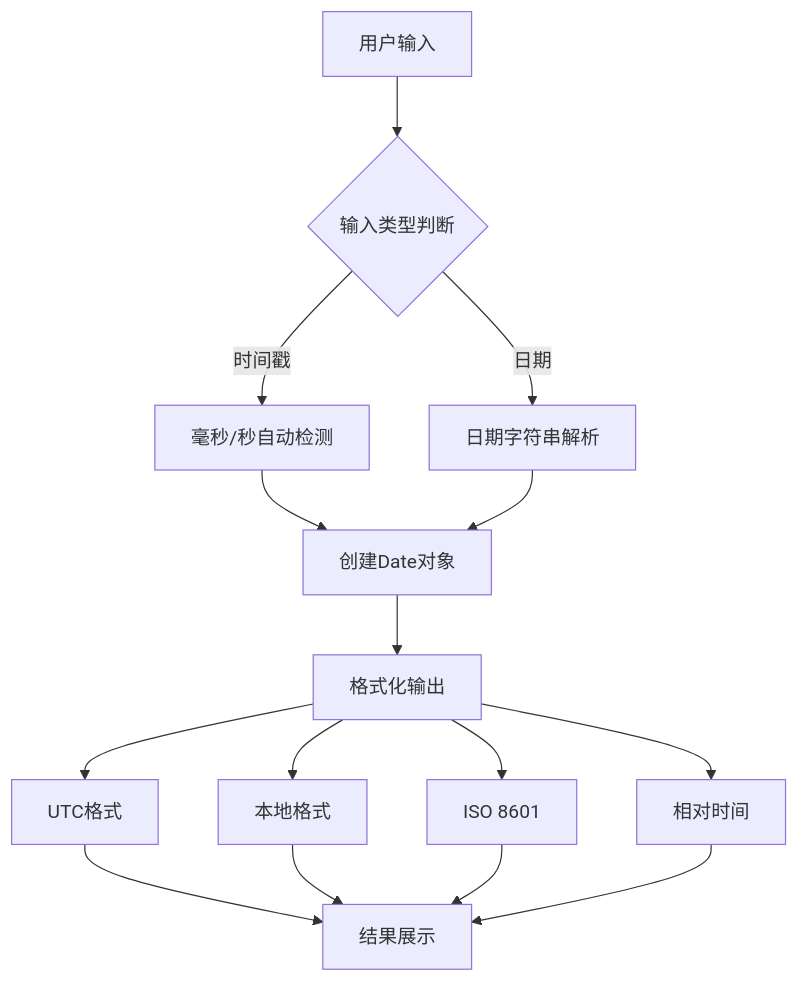
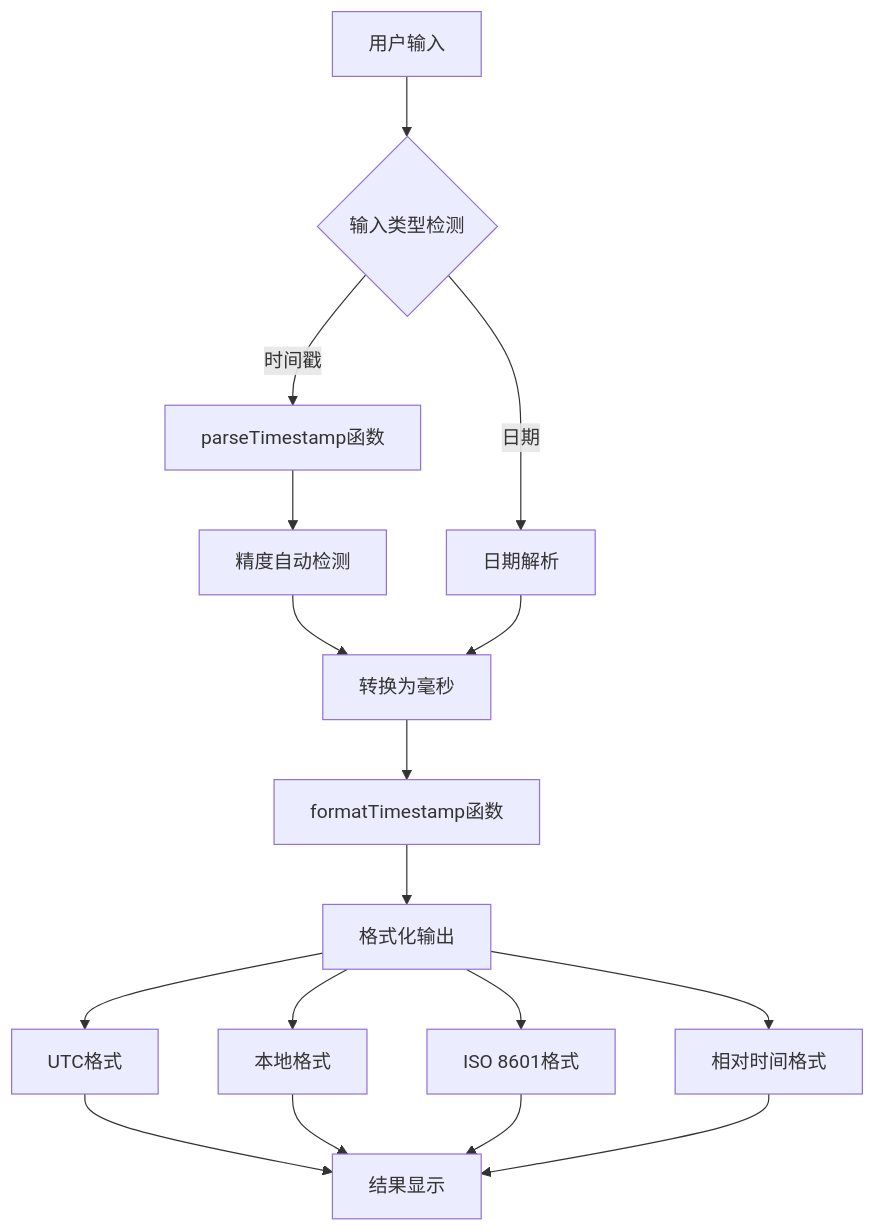
One commit to sgyy/privadeck changed the fourth of 10 diagrams in .qoder/repowiki/zh/content/开发者工具/时间戳工具.md. Above: the diagram before and after it, drawn with Mermaid. The commit also changed other lines of this file and 7 other files, not shown here.

````diff
--- a/.qoder/repowiki/zh/content/开发者工具/时间戳工具.md
+++ b/.qoder/repowiki/zh/content/开发者工具/时间戳工具.md
@@ -128,17 +200,19 @@
 ```mermaid
 flowchart TD
-A[用户输入] --> B{输入类型判断}
-B --> |时间戳| C[毫秒/秒自动检测]
-B --> |日期| D[日期字符串解析]
-C --> E[创建Date对象]
-D --> E
-E --> F[格式化输出]
-F --> G[UTC格式]
-F --> H[本地格式]
-F --> I[ISO 8601]
-F --> J[相对时间]
-G --> K[结果展示]
-H --> K
-I --> K
-J --> K
+A[用户输入] --> B{输入类型检测}
+B --> |时间戳| C[parseTimestamp函数]
+B --> |日期| D[日期解析]
+C --> E[精度自动检测]
+E --> F[转换为毫秒]
+D --> F
+F --> G[formatTimestamp函数]
+G --> H[格式化输出]
+H --> I[UTC格式]
+H --> J[本地格式]
+H --> K[ISO 8601格式]
+H --> L[相对时间格式]
+I --> M[结果显示]
+J --> M
+K --> M
+L --> M
 ```
````
